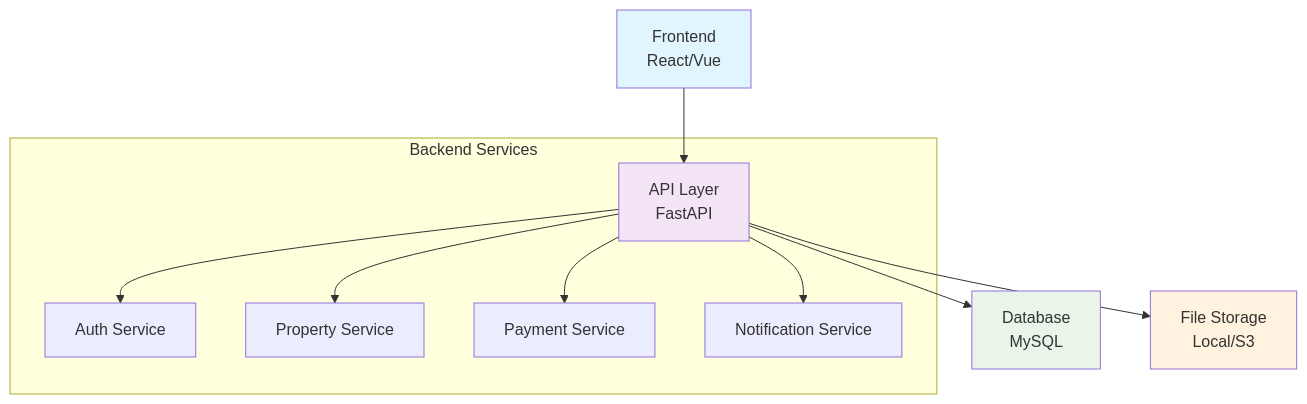
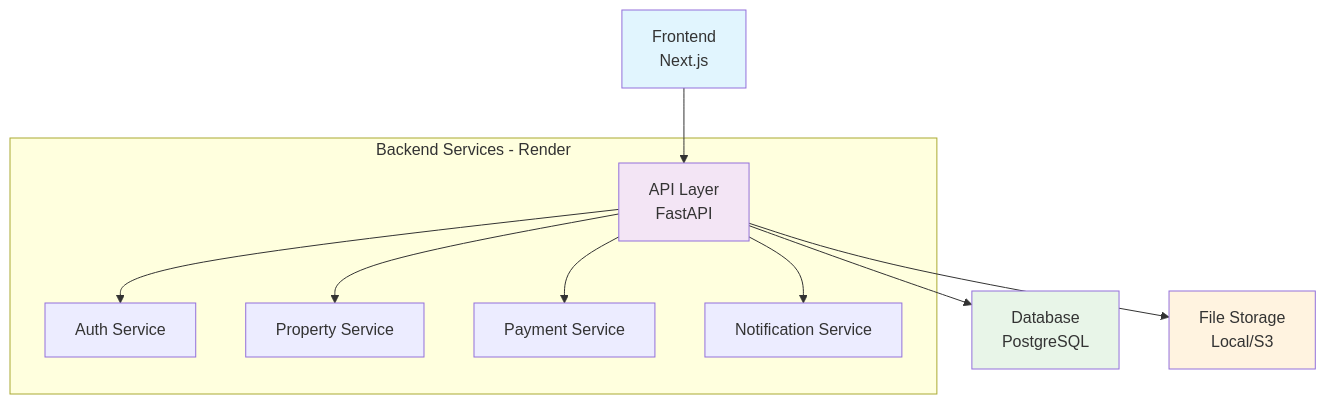
One commit to Imobly/Documentation changed the diagram in docs/index.md. Above: the diagram before and after it, drawn with Mermaid. The commit also changed other lines of this file and 6 other files, not shown here.

Commit message:
atualizando uml, prototipagem e ddl na documentaçao

````diff
--- a/docs/index.md
+++ b/docs/index.md
@@ -90,18 +105,18 @@
 ```mermaid
 graph TB
-    A[Frontend<br/>React/Vue] --> B[API Layer<br/>FastAPI]
-    B --> C[Database<br/>MySQL]
+    A[Frontend<br/>Next.js] --> B[API Layer<br/>FastAPI]
+    B --> C[Database<br/>PostgreSQL]
     B --> D[File Storage<br/>Local/S3]
     
-    subgraph "Backend Services"
+    subgraph "Backend Services - Render"
         B --> E[Auth Service]
         B --> F[Property Service]
         B --> G[Payment Service]
         B --> H[Notification Service]
     end
     
     style A fill:#e1f5fe
     style B fill:#f3e5f5
     style C fill:#e8f5e8
     style D fill:#fff3e0
 ```
````
